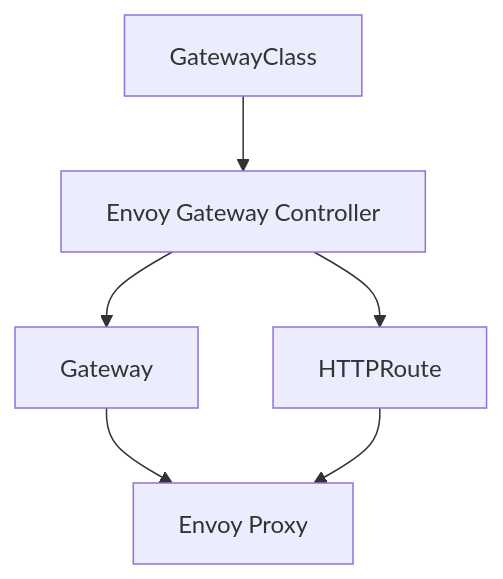
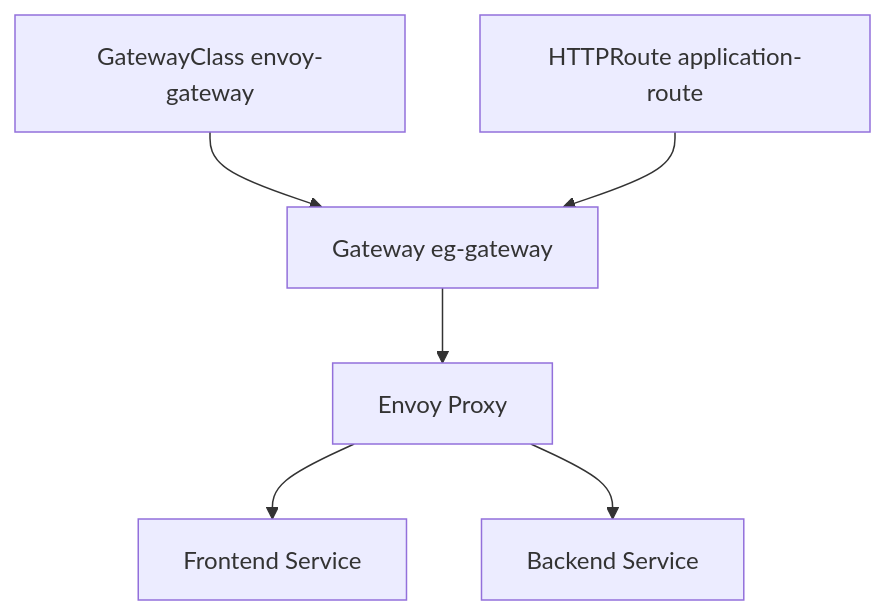
Before and after one commit to ahmed-sayed-devops/microservices-platform-gitops: the second of 11 diagrams in docs/03-gateway-api/README.md, drawn with Mermaid. The commit also changed other lines of this file, not shown here.

Commit message:
docs: improve Gateway API diagrams

````diff
--- a/docs/03-gateway-api/README.md
+++ b/docs/03-gateway-api/README.md
@@ -114,19 +95,15 @@
 ```mermaid
 graph TD
+    GatewayClass[GatewayClass envoy-gateway]
+    Gateway[Gateway eg-gateway]
+    Route[HTTPRoute application-route]
+    Envoy[Envoy Proxy]
+    Frontend[Frontend Service]
+    Backend[Backend Service]
 
-    GatewayClass["GatewayClass"]
-
-    EnvoyController["Envoy Gateway Controller"]
-
-    Gateway["Gateway"]
-
-    HTTPRoute["HTTPRoute"]
-
-    Proxy["Envoy Proxy"]
-
-    GatewayClass --> EnvoyController
-    EnvoyController --> Gateway
-    EnvoyController --> HTTPRoute
-    Gateway --> Proxy
-    HTTPRoute --> Proxy
+    GatewayClass --> Gateway
+    Gateway --> Envoy
+    Route --> Gateway
+    Envoy --> Frontend
+    Envoy --> Backend
 ```
````
